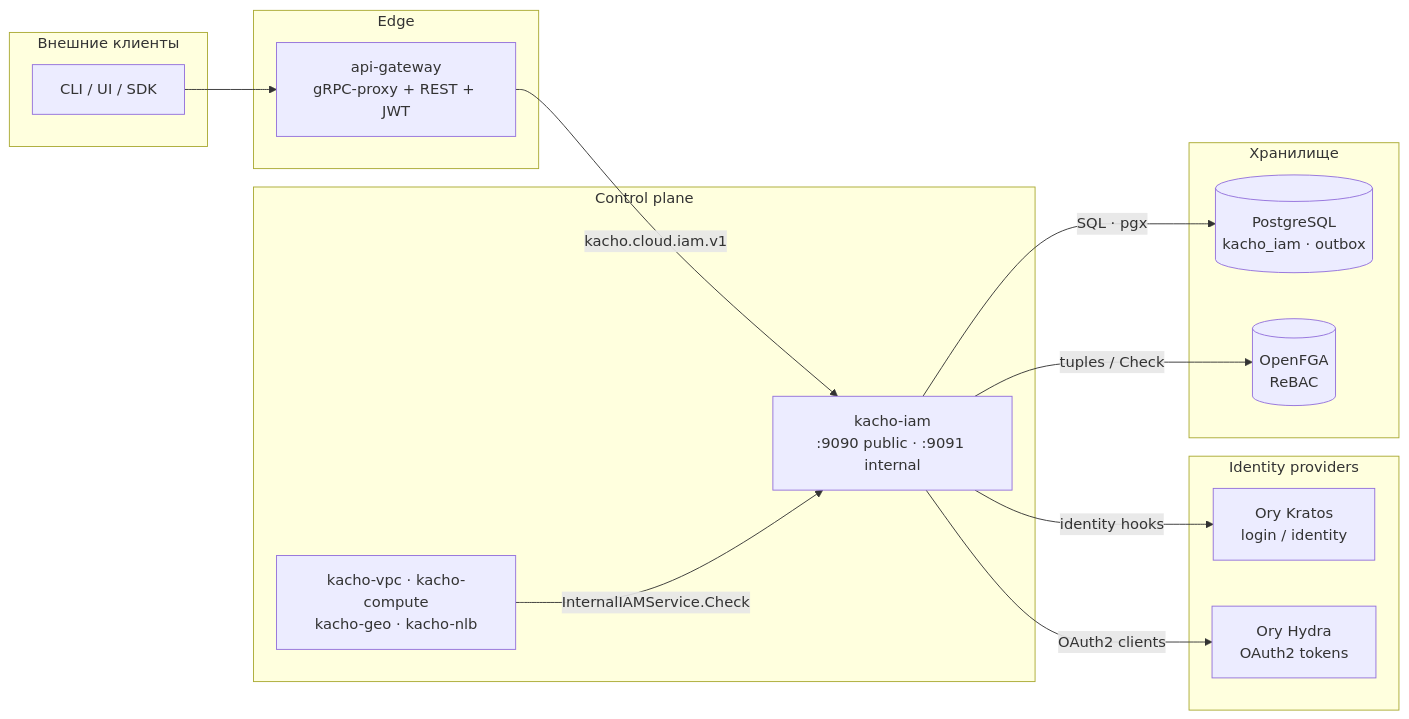
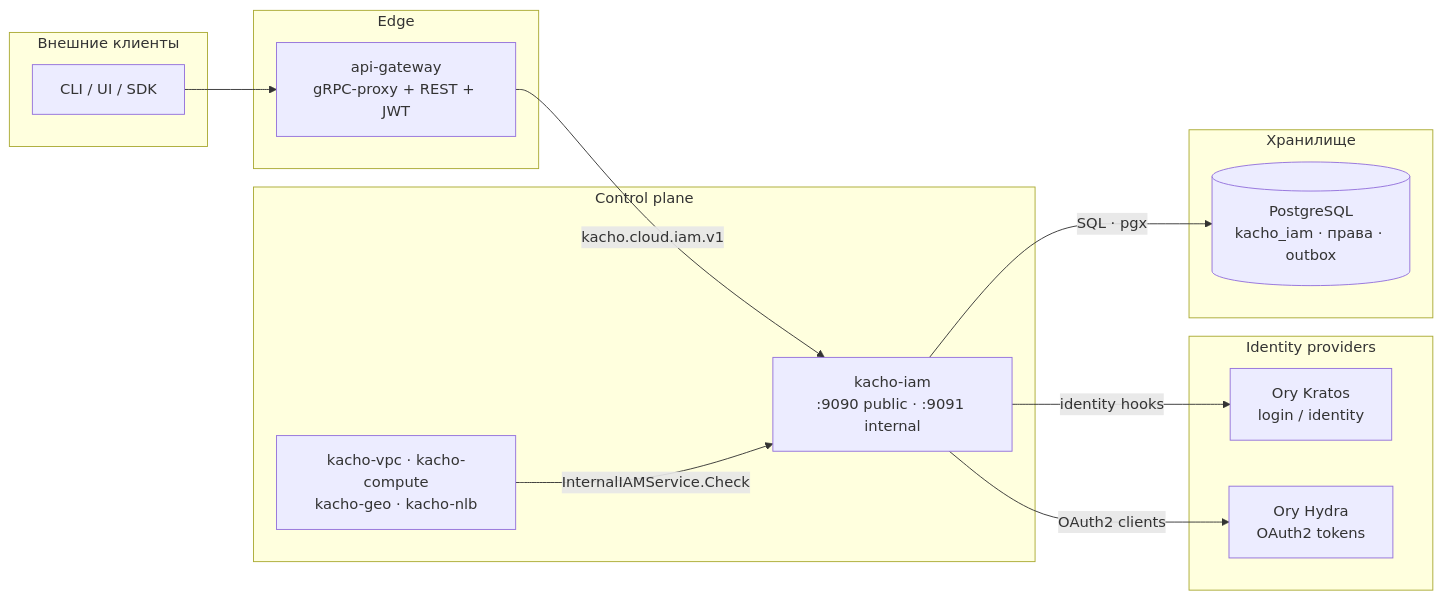
One commit to PRO-Robotech/kacho changed the second of 2 diagrams in services/iam/docs/content/intro.mdx. Above: the diagram before and after it, drawn with Mermaid. The commit also changed other lines of this file and 589 other files, not shown here.

````diff
--- a/services/iam/docs/content/intro.mdx
+++ b/services/iam/docs/content/intro.mdx
@@ -118,29 +117,27 @@
 ```mermaid
 flowchart LR
   subgraph ext["Внешние клиенты"]
     cli["CLI / UI / SDK"]
   end
   subgraph edge["Edge"]
     agw["api-gateway<br/>gRPC-proxy + REST + JWT"]
   end
   subgraph cp["Control plane"]
     iam["kacho-iam<br/>:9090 public · :9091 internal"]
     peers["kacho-vpc · kacho-compute<br/>kacho-geo · kacho-nlb"]
   end
   subgraph idp["Identity providers"]
     kratos["Ory Kratos<br/>login / identity"]
     hydra["Ory Hydra<br/>OAuth2 tokens"]
   end
   subgraph store["Хранилище"]
-    pg[("PostgreSQL<br/>kacho_iam · outbox")]
-    fga[("OpenFGA<br/>ReBAC")]
+    pg[("PostgreSQL<br/>kacho_iam · права · outbox")]
   end
 
   cli --> agw
   agw -->|"kacho.cloud.iam.v1"| iam
   iam -->|"SQL · pgx"| pg
-  iam -->|"tuples / Check"| fga
   iam -->|"identity hooks"| kratos
   iam -->|"OAuth2 clients"| hydra
   peers -->|"InternalIAMService.Check"| iam
 ```
````
